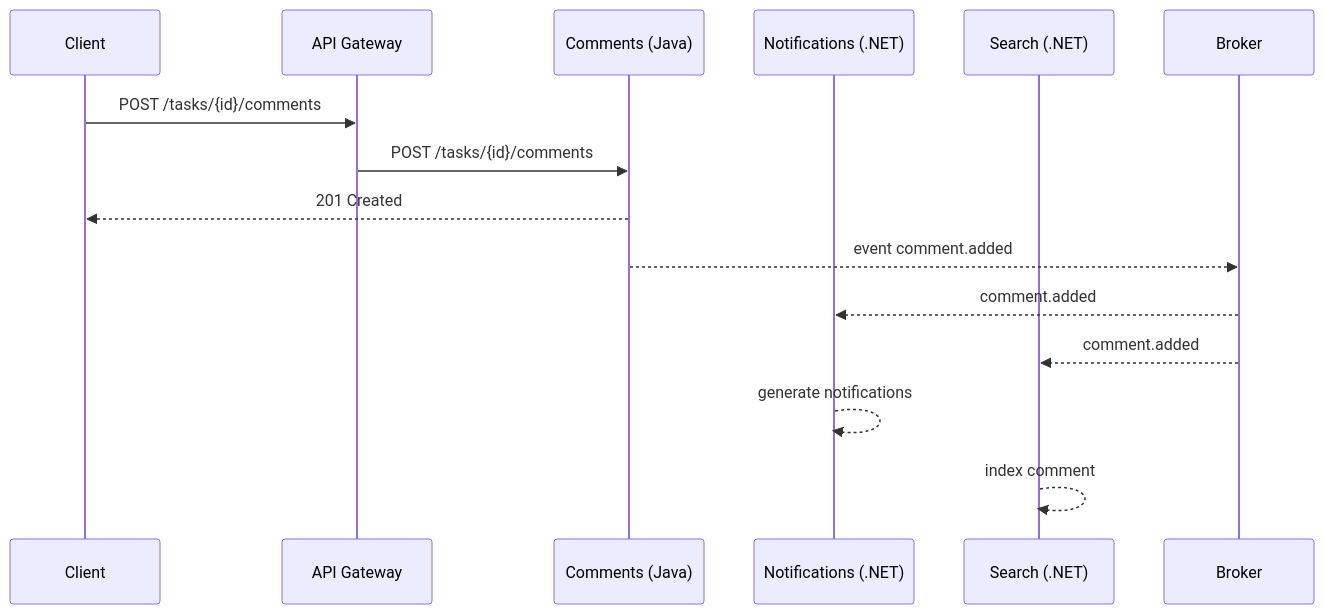
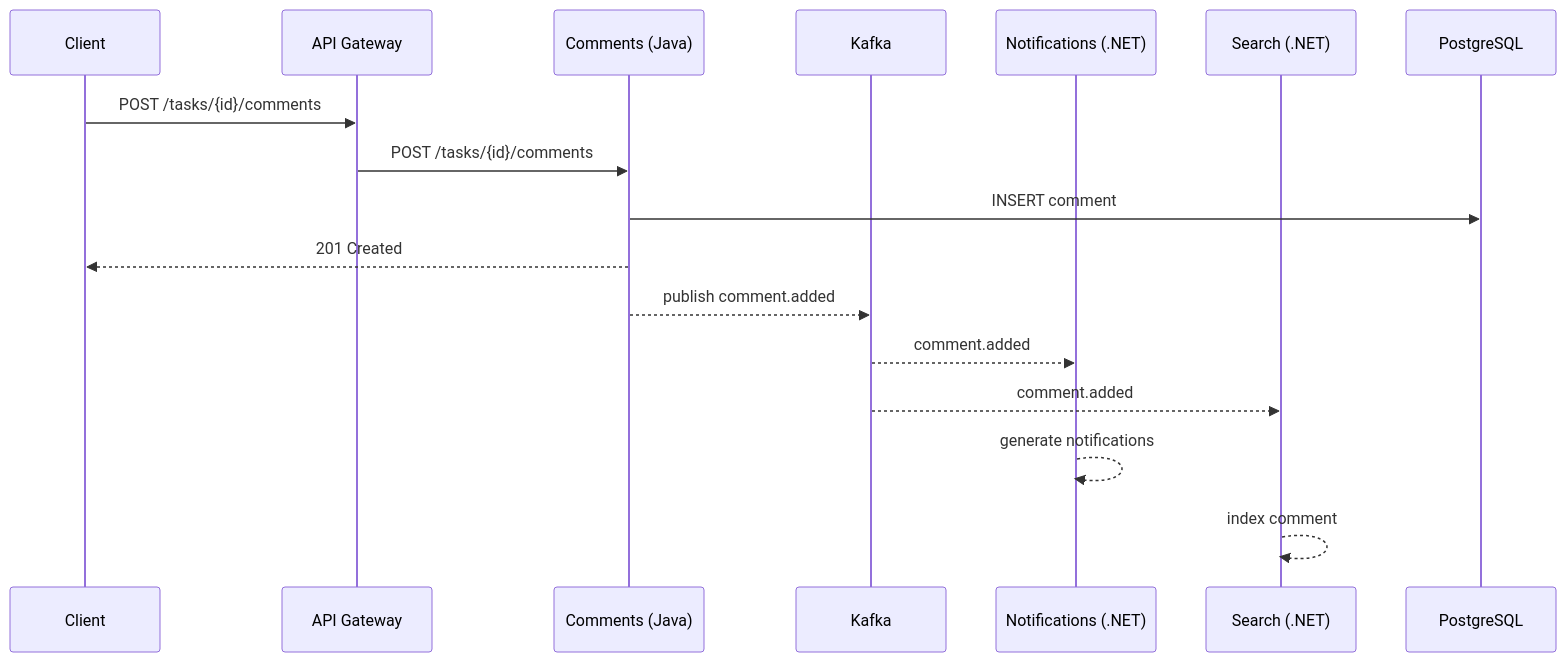
Before and after one commit to maximfersko/TaskForge: the fourth of 5 diagrams in docs/interservice-diagrams.md, drawn with Mermaid. The commit also changed other lines of this file, not shown here.

Commit message:
refactoring main service diagram

````diff
--- a/docs/interservice-diagrams.md
+++ b/docs/interservice-diagrams.md
@@ -47,18 +200,20 @@
 ```mermaid
 sequenceDiagram
   participant C as Client
   participant GW as API Gateway
   participant CM as Comments (Java)
+  participant B as Kafka
   participant N as Notifications (.NET)
   participant S as Search (.NET)
-  participant B as Broker
+  participant PG as PostgreSQL
 
   C->>GW: POST /tasks/{id}/comments
   GW->>CM: POST /tasks/{id}/comments
+  CM->>PG: INSERT comment
   CM-->>C: 201 Created
-  CM-->>B: event comment.added
+  CM-->>B: publish comment.added
   B-->>N: comment.added
   B-->>S: comment.added
   N-->>N: generate notifications
   S-->>S: index comment
 ```
````
